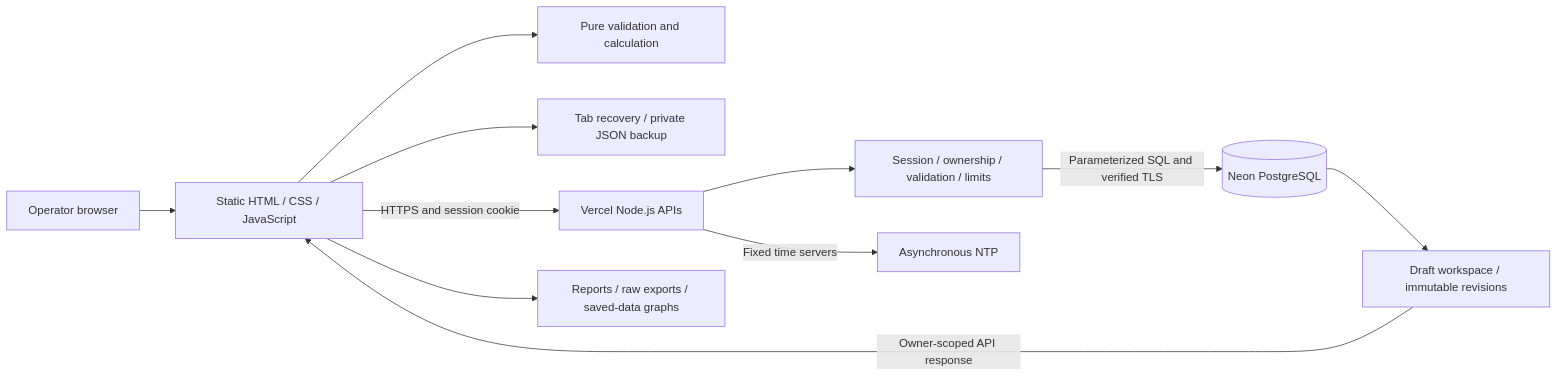
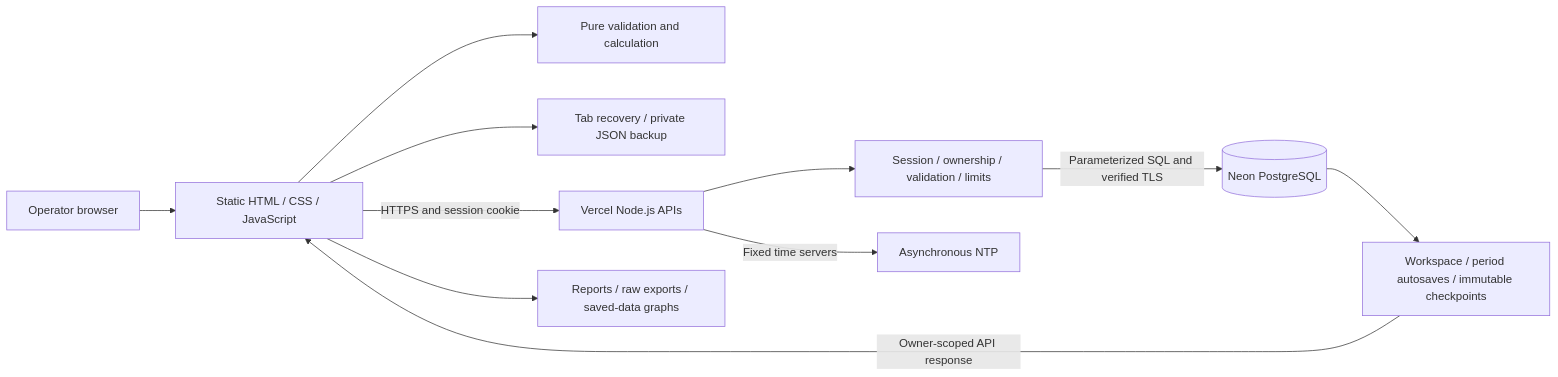
The diagram in README.md (gedxxe/Midea-JRE-UNILAND-Waste-Calculator), drawn with Mermaid before and after one commit. The commit also changed other lines of this file and 55 other files, not shown here.

````diff
--- a/README.md
+++ b/README.md
@@ -71,13 +77,13 @@
 ```mermaid
 flowchart LR
   Operator[Operator browser] --> UI[Static HTML / CSS / JavaScript]
   UI --> Logic[Pure validation and calculation]
   UI --> Recovery[Tab recovery / private JSON backup]
   UI -->|HTTPS and session cookie| API[Vercel Node.js APIs]
   API --> Guard[Session / ownership / validation / limits]
   Guard -->|Parameterized SQL and verified TLS| DB[(Neon PostgreSQL)]
-  DB --> Saved[Draft workspace / immutable revisions]
+  DB --> Saved[Workspace / period autosaves / immutable checkpoints]
   Saved -->|Owner-scoped API response| UI
   API -->|Fixed time servers| NTP[Asynchronous NTP]
   UI --> Outputs[Reports / raw exports / saved-data graphs]
 ```
````
